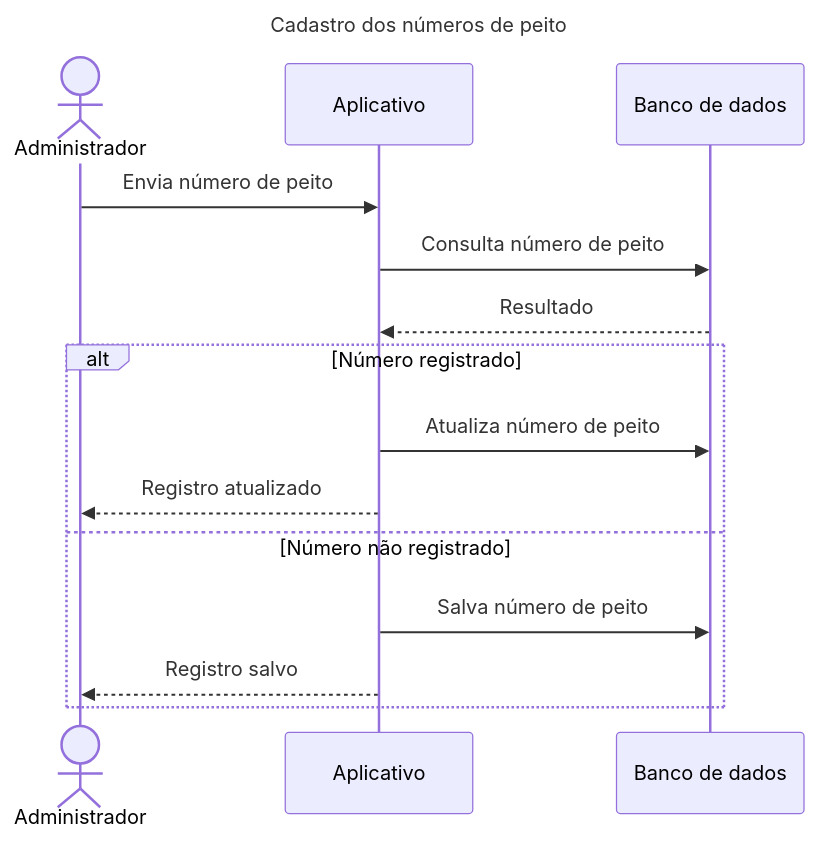
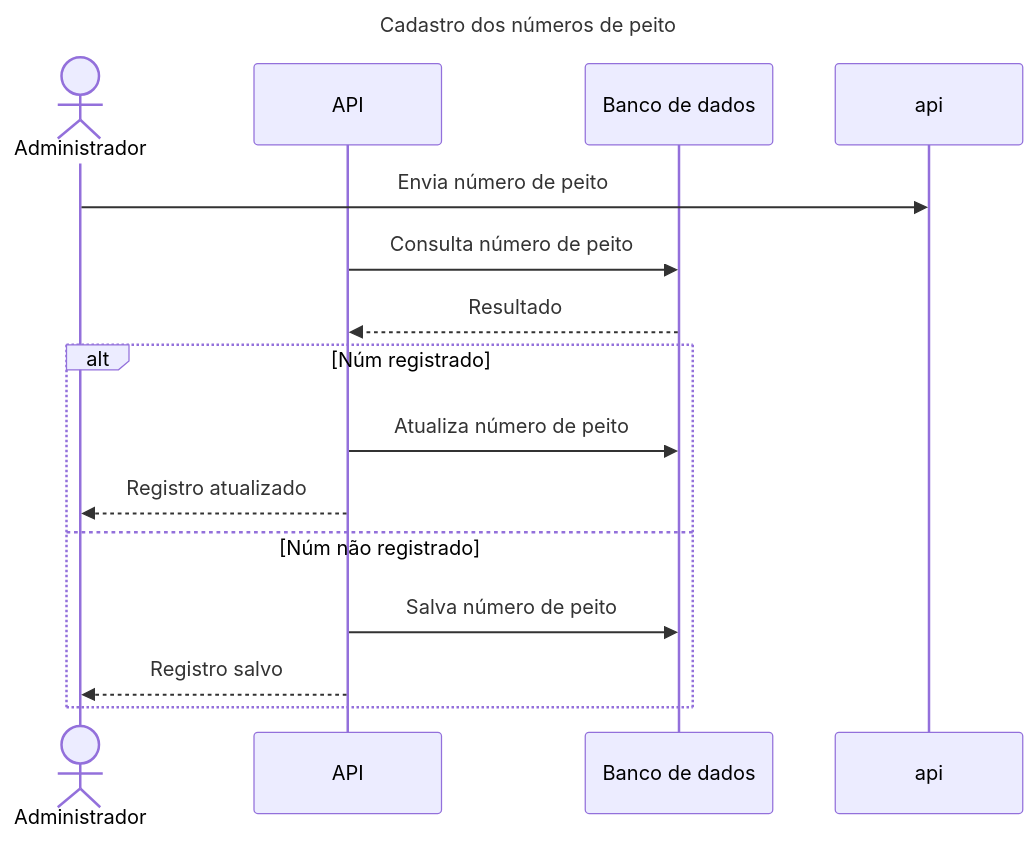
Before and after one commit to brgilsonsp/corrida_familia_piba: the diagram in designer/diagrams/features/add_chester_number.md, drawn with Mermaid. The commit also changed 3 other files, not shown here.

Commit message:
Change identifier Aplicativo to API in docs

````diff
--- a/designer/diagrams/features/add_chester_number.md
+++ b/designer/diagrams/features/add_chester_number.md
@@ -1,21 +1,21 @@
 ```mermaid
 sequenceDiagram
     title Cadastro dos números de peito
 
     actor Admin as Administrador
-    participant Aplicativo as Aplicativo
+    participant API as API
     participant DB as Banco de dados
 
-    Admin->>Aplicativo: Envia número de peito
-    Aplicativo->>DB: Consulta número de peito
-    DB-->>Aplicativo: Resultado
-    alt Número registrado
-        Aplicativo->>DB: Atualiza número de peito
-        Aplicativo-->>Admin: Registro atualizado
-    else Número não registrado
-        Aplicativo->>DB: Salva número de peito
-        Aplicativo-->>Admin: Registro salvo
+    Admin->>api: Envia número de peito
+    API->>DB: Consulta número de peito
+    DB-->>API: Resultado
+    alt Núm registrado
+        API->>DB: Atualiza número de peito
+        API-->>Admin: Registro atualizado
+    else Núm não registrado
+        API->>DB: Salva número de peito
+        API-->>Admin: Registro salvo
     end
     
 
 ```
````
